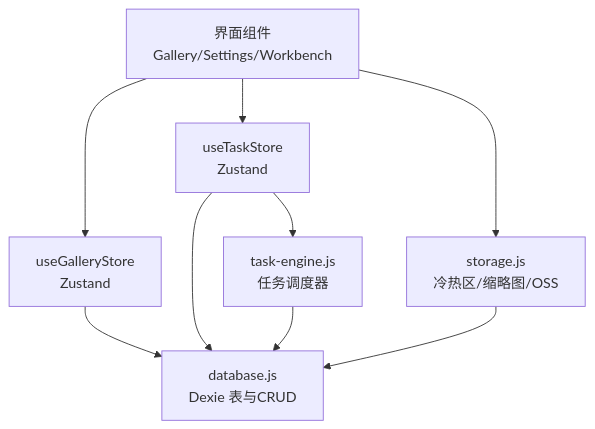
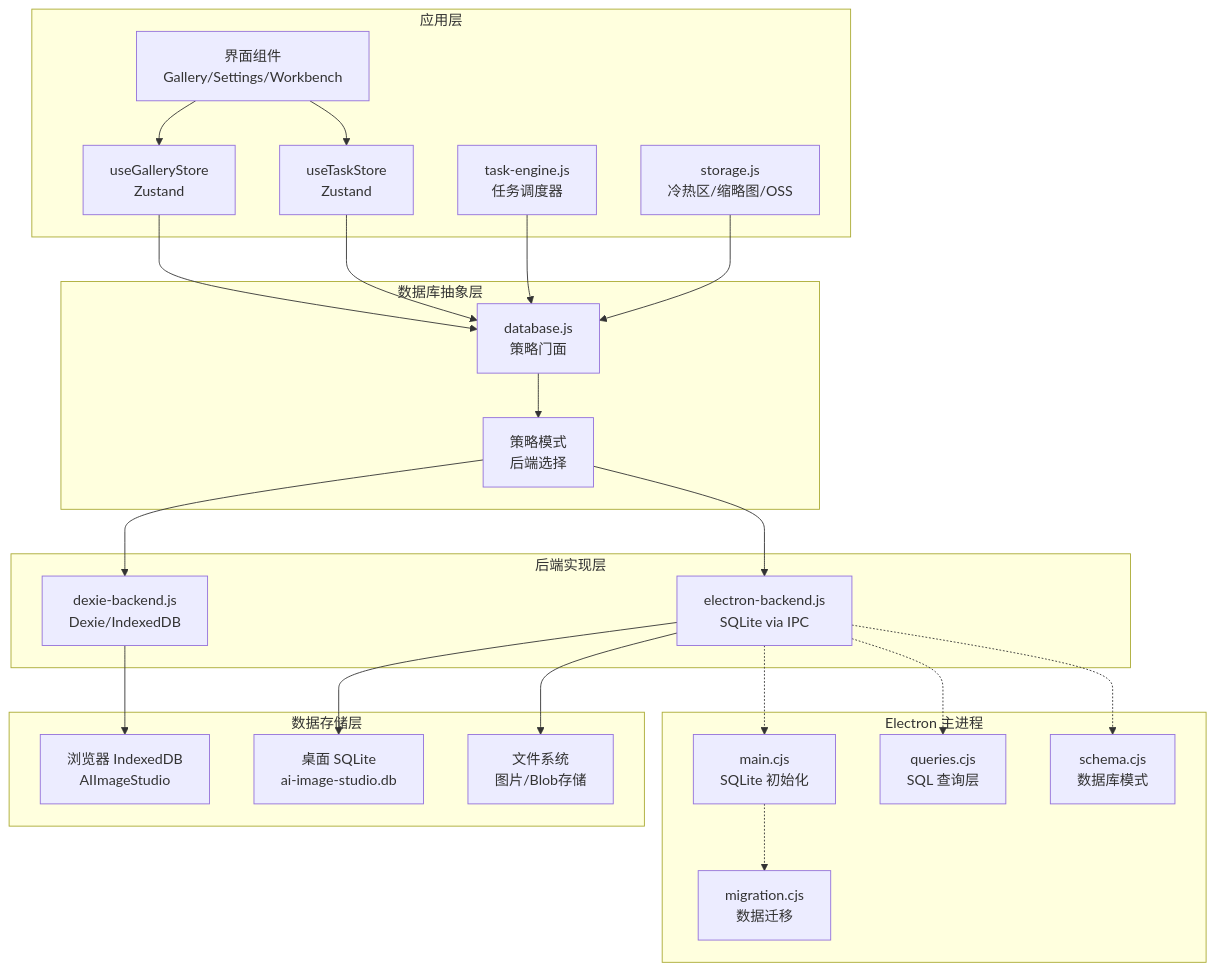
Before and after one commit to AlbusWei/AI-Image-Studio: the first of 9 diagrams in .qoder/repowiki/zh/content/架构设计/数据流设计/数据库持久化.md, drawn with Mermaid. The commit also changed other lines of this file and 37 other files, not shown here.

First line of the commit message:
feat: 统一数据源 - 浏览器和 Electron 共享同一 SQLite 数据库

````diff
--- a/.qoder/repowiki/zh/content/架构设计/数据流设计/数据库持久化.md
+++ b/.qoder/repowiki/zh/content/架构设计/数据流设计/数据库持久化.md
@@ -37,11 +50,45 @@
 ```mermaid
 graph TB
-UI["界面组件<br/>Gallery/Settings/Workbench"] --> StoreG["useGalleryStore<br/>Zustand"]
-UI --> StoreT["useTaskStore<br/>Zustand"]
-StoreG --> DB["database.js<br/>Dexie 表与CRUD"]
-StoreT --> DB
-StoreT --> Engine["task-engine.js<br/>任务调度器"]
-Engine --> DB
-UI --> Storage["storage.js<br/>冷热区/缩略图/OSS"]
-Storage --> DB
+subgraph "应用层"
+UI["界面组件<br/>Gallery/Settings/Workbench"]
+StoreG["useGalleryStore<br/>Zustand"]
+StoreT["useTaskStore<br/>Zustand"]
+Engine["task-engine.js<br/>任务调度器"]
+Storage["storage.js<br/>冷热区/缩略图/OSS"]
+end
+subgraph "数据库抽象层"
+Facade["database.js<br/>策略门面"]
+Strategy["策略模式<br/>后端选择"]
+end
+subgraph "后端实现层"
+DexieBackend["dexie-backend.js<br/>Dexie/IndexedDB"]
+ElectronBackend["electron-backend.js<br/>SQLite via IPC"]
+end
+subgraph "数据存储层"
+BrowserDB["浏览器 IndexedDB<br/>AIImageStudio"]
+DesktopDB["桌面 SQLite<br/>ai-image-studio.db"]
+FileSystem["文件系统<br/>图片/Blob存储"]
+end
+UI --> StoreG
+UI --> StoreT
+StoreG --> Facade
+StoreT --> Facade
+Engine --> Facade
+Storage --> Facade
+Facade --> Strategy
+Strategy --> DexieBackend
+Strategy --> ElectronBackend
+DexieBackend --> BrowserDB
+ElectronBackend --> DesktopDB
+ElectronBackend --> FileSystem
+subgraph "Electron 主进程"
+MainProc["main.cjs<br/>SQLite 初始化"]
+Migration["migration.cjs<br/>数据迁移"]
+Queries["queries.cjs<br/>SQL 查询层"]
+Schema["schema.cjs<br/>数据库模式"]
+end
+ElectronBackend -.-> MainProc
+ElectronBackend -.-> Queries
+ElectronBackend -.-> Schema
+MainProc -.-> Migration
 ```
````
